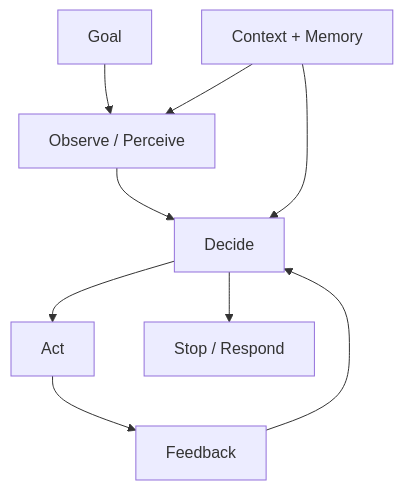
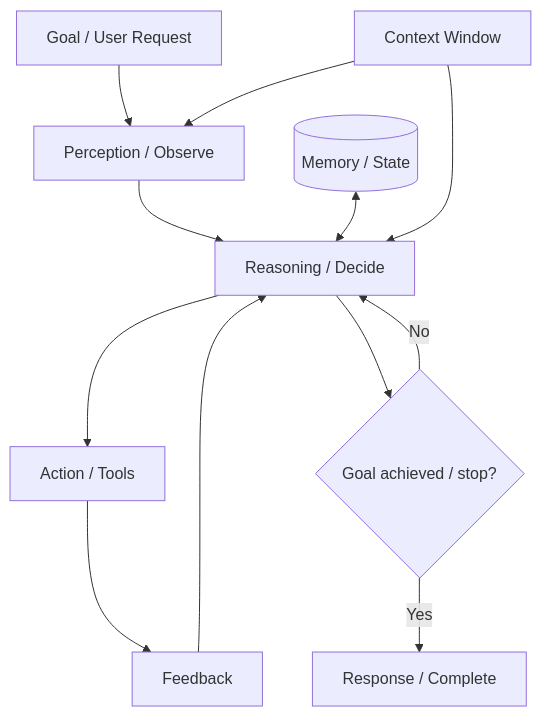
Before and after one commit to shomi-khan/preparation: the diagram in notes/module-01-from-answering-to-doing/06-recap-interview.md, drawn with Mermaid. The commit also changed other lines of this file, not shown here.

````diff
--- a/notes/module-01-from-answering-to-doing/06-recap-interview.md
+++ b/notes/module-01-from-answering-to-doing/06-recap-interview.md
@@ -9,11 +9,14 @@
 ```mermaid
 flowchart TD
-    G[Goal] --> O[Observe / Perceive]
-    O --> D[Decide]
-    D --> X[Act]
-    X --> F[Feedback]
+    G[Goal / User Request] --> P[Perception / Observe]
+    P --> D[Reasoning / Decide]
+    M[(Memory / State)] <--> D
+    D --> A[Action / Tools]
+    A --> F[Feedback]
     F --> D
-    D --> S[Stop / Respond]
-    C[Context + Memory] --> D
-    C --> O
+    D --> S{Goal achieved / stop?}
+    S -->|No| D
+    S -->|Yes| R[Response / Complete]
+    C[Context Window] --> P
+    C --> D
 ```
````
